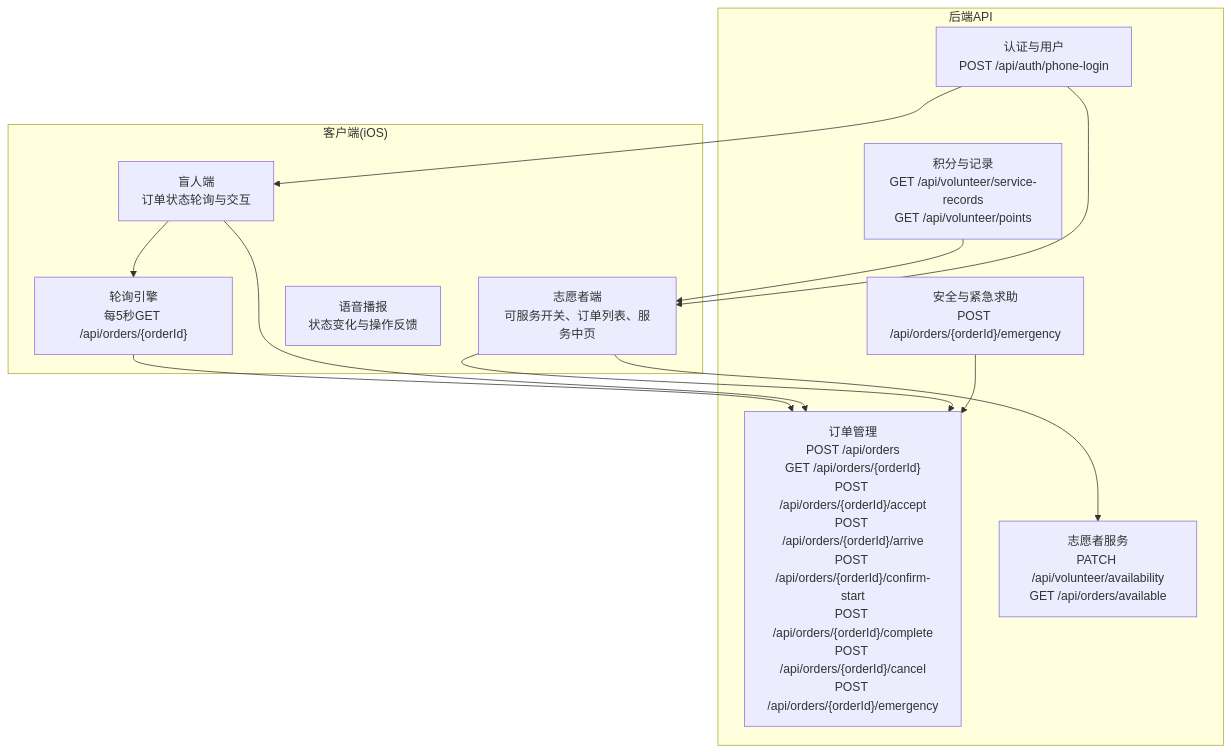
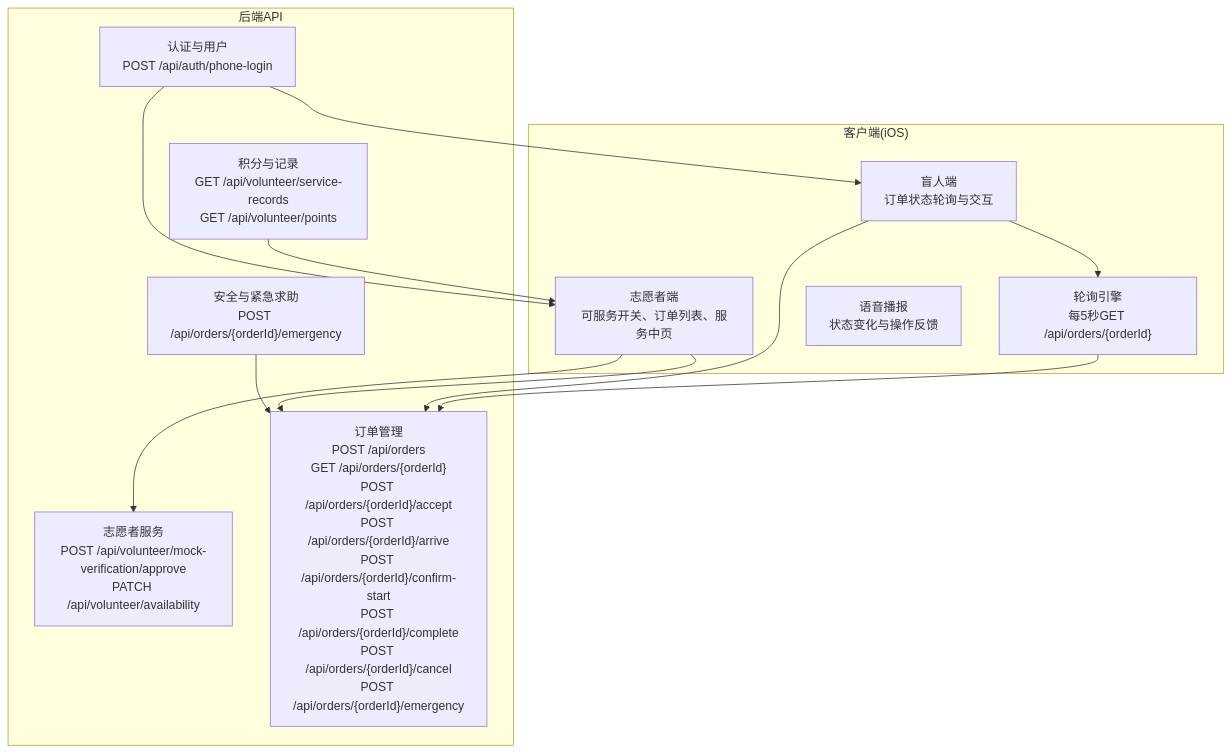
The second of 11 diagrams in .qoder/repowiki/zh/content/核心功能模块/志愿者功能/接单服务流程.md (Jayden23018/blind-run-ios), drawn with Mermaid before and after one commit. The commit also changed other lines of this file and 15 other files, not shown here.

````diff
--- a/.qoder/repowiki/zh/content/核心功能模块/志愿者功能/接单服务流程.md
+++ b/.qoder/repowiki/zh/content/核心功能模块/志愿者功能/接单服务流程.md
@@ -116,25 +136,25 @@
 ```mermaid
 graph TB
 subgraph "客户端(iOS)"
 BR["盲人端<br/>订单状态轮询与交互"]
 VOL["志愿者端<br/>可服务开关、订单列表、服务中页"]
 POLL["轮询引擎<br/>每5秒GET /api/orders/{orderId}"]
 TTS["语音播报<br/>状态变化与操作反馈"]
 end
 subgraph "后端API"
 AUTH["认证与用户<br/>POST /api/auth/phone-login"]
+VOL_API["志愿者服务<br/>POST /api/volunteer/mock-verification/approve<br/>PATCH /api/volunteer/availability"]
 ORDERS["订单管理<br/>POST /api/orders<br/>GET /api/orders/{orderId}<br/>POST /api/orders/{orderId}/accept<br/>POST /api/orders/{orderId}/arrive<br/>POST /api/orders/{orderId}/confirm-start<br/>POST /api/orders/{orderId}/complete<br/>POST /api/orders/{orderId}/cancel<br/>POST /api/orders/{orderId}/emergency"]
-VOL_API["志愿者服务<br/>PATCH /api/volunteer/availability<br/>GET /api/orders/available"]
 SAFETY["安全与紧急求助<br/>POST /api/orders/{orderId}/emergency"]
 POINTS["积分与记录<br/>GET /api/volunteer/service-records<br/>GET /api/volunteer/points"]
 end
 BR --> POLL
 VOL --> VOL_API
 POLL --> ORDERS
 BR --> ORDERS
 VOL --> ORDERS
 SAFETY --> ORDERS
 POINTS --> VOL
 AUTH --> BR
 AUTH --> VOL
 ```
````
